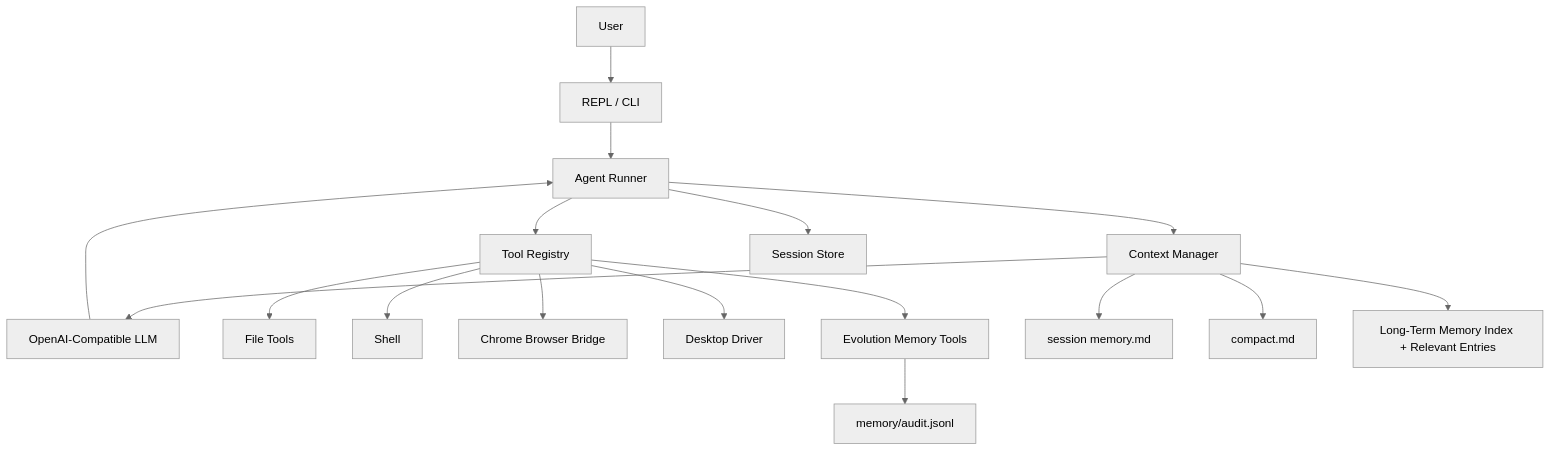
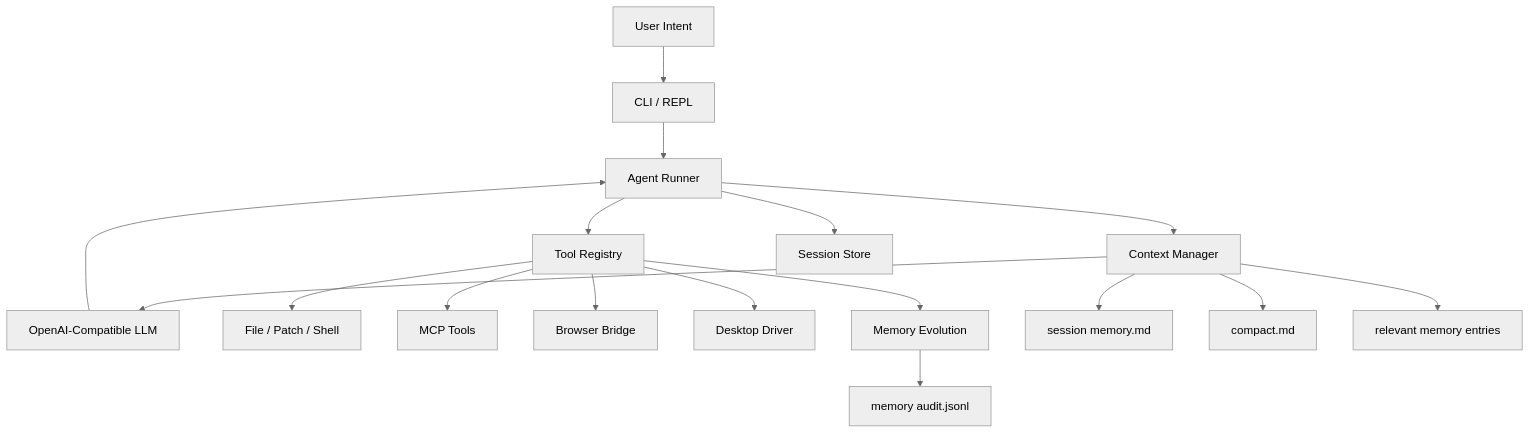
The diagram in README.md (congchuanling-dot/Cohort), drawn with Mermaid (neutral theme) before and after one commit. The commit also changed other lines of this file and 16 other files, not shown here.

````diff
--- a/README.md
+++ b/README.md
@@ -160,19 +176,19 @@
 ```mermaid
 flowchart TD
-    U[User] --> R[REPL / CLI]
+    U[User Intent] --> R[CLI / REPL]
     R --> A[Agent Runner]
     A --> C[Context Manager]
     C --> L[OpenAI-Compatible LLM]
     L --> A
     A --> T[Tool Registry]
-    T --> FS[File Tools]
-    T --> SH[Shell]
-    T --> BR[Chrome Browser Bridge]
-    T --> DT[Desktop Driver]
-    T --> MEM[Evolution Memory Tools]
+    T --> F[File / Patch / Shell]
+    T --> M[MCP Tools]
+    T --> B[Browser Bridge]
+    T --> D[Desktop Driver]
+    T --> E[Memory Evolution]
     A --> S[Session Store]
     C --> SM[session memory.md]
-    C --> FC[compact.md]
-    C --> LM[Long-Term Memory Index + Relevant Entries]
-    MEM --> AUD[memory/audit.jsonl]
+    C --> CP[compact.md]
+    C --> LM[relevant memory entries]
+    E --> AUD[memory audit.jsonl]
 ```
````
